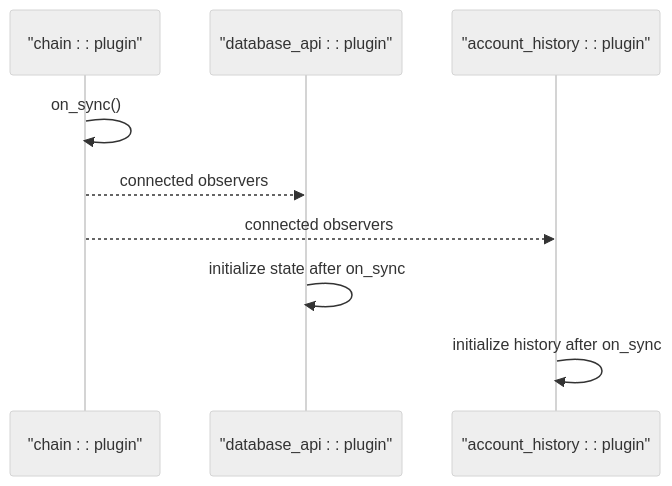
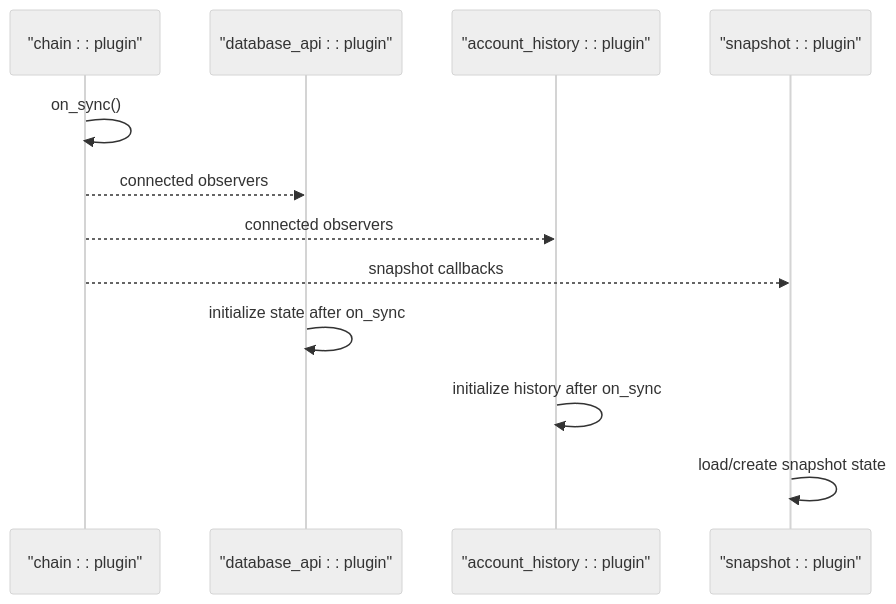
The fifth of 14 diagrams in .qoder/repowiki/en/content/Architecture Overview/Plugin Architecture/Plugin Architecture.md (VIZ-Blockchain/viz-cpp-node), drawn with Mermaid (neutral theme) before and after one commit. The commit also changed other lines of this file and 9 other files, not shown here.

First line of the commit message:
feat(chain): add snapshot loading and DLT mode support

````diff
--- a/.qoder/repowiki/en/content/Architecture Overview/Plugin Architecture/Plugin Architecture.md
+++ b/.qoder/repowiki/en/content/Architecture Overview/Plugin Architecture/Plugin Architecture.md
@@ -239,11 +273,14 @@
 ```mermaid
 sequenceDiagram
 participant Chain as "chain : : plugin"
 participant DB as "database_api : : plugin"
 participant AH as "account_history : : plugin"
+participant Snapshot as "snapshot : : plugin"
 Chain->>Chain : on_sync()
 Chain-->>DB : connected observers
 Chain-->>AH : connected observers
+Chain-->>Snapshot : snapshot callbacks
 DB->>DB : initialize state after on_sync
 AH->>AH : initialize history after on_sync
+Snapshot->>Snapshot : load/create snapshot state
 ```
````
